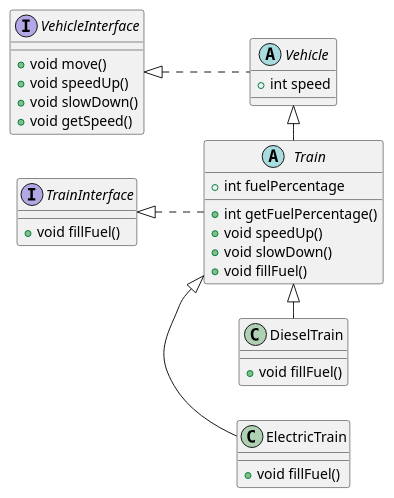
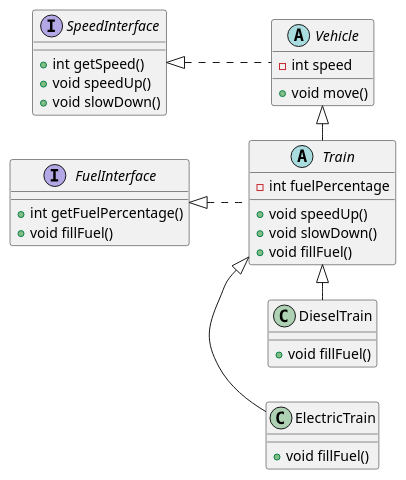
The diagram in ClassDiagram.puml (ChrisMortensen/javaAAU), drawn with PlantUML before and after one commit. The commit also changed 5 other files, not shown here.

```diff
--- a/ClassDiagram.puml
+++ b/ClassDiagram.puml
@@ -1,40 +1,40 @@
 @startuml Class Diagram
 left to right direction
 
 abstract class Vehicle{
-	+int speed
+	-int speed
+	+void move()
 }
 
-VehicleInterface <|.- Vehicle
-interface VehicleInterface{
-	+void move()
+SpeedInterface <|.- Vehicle
+interface SpeedInterface{
+	+int getSpeed()
 	+void speedUp()
 	+void slowDown()
-	+void getSpeed()
 }
 
 Vehicle <|- Train
 abstract class Train{
-	+int fuelPercentage
-	+int getFuelPercentage()
+	-int fuelPercentage
 	+void speedUp()
 	+void slowDown()
 	+void fillFuel()
 }
 
-TrainInterface <|.- Train
-interface TrainInterface{
+FuelInterface <|.- Train
+interface FuelInterface{
+	+int getFuelPercentage()
 	+void fillFuel()
 }
 
 Train <|- ElectricTrain
 class ElectricTrain{
 	+void fillFuel()
 }
 
 Train <|- DieselTrain
 class DieselTrain{
 	+void fillFuel()
 }
 
 @enduml
```
